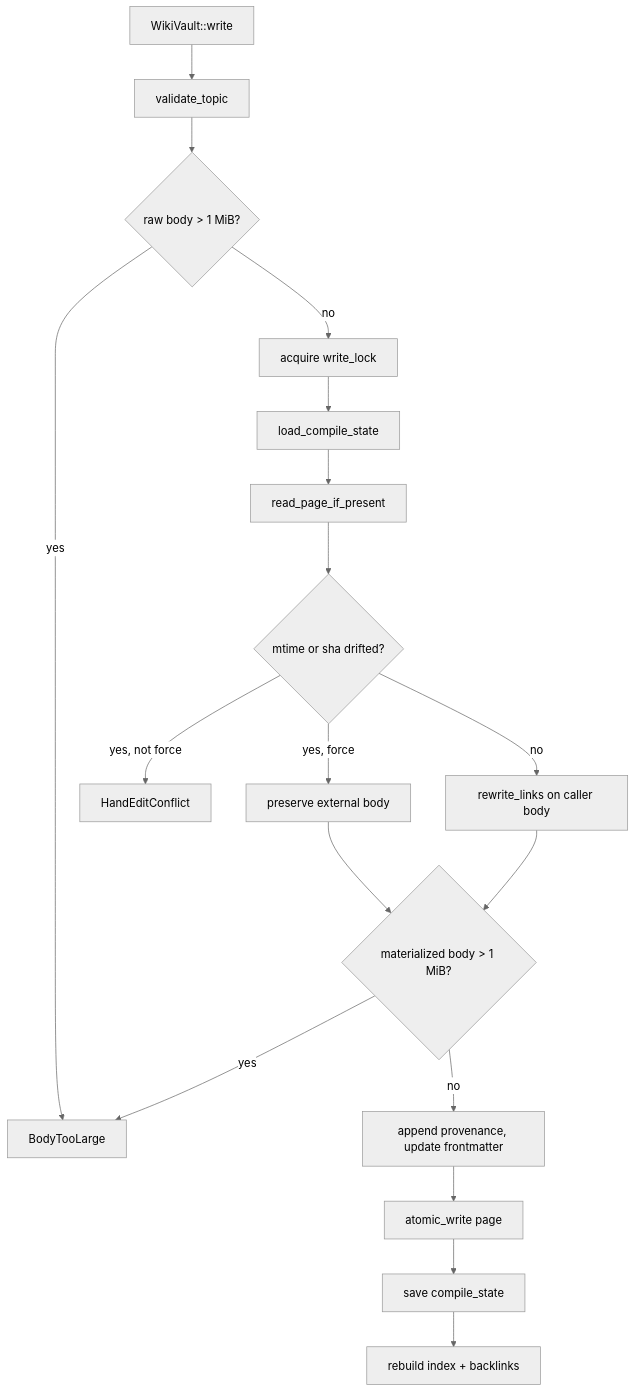
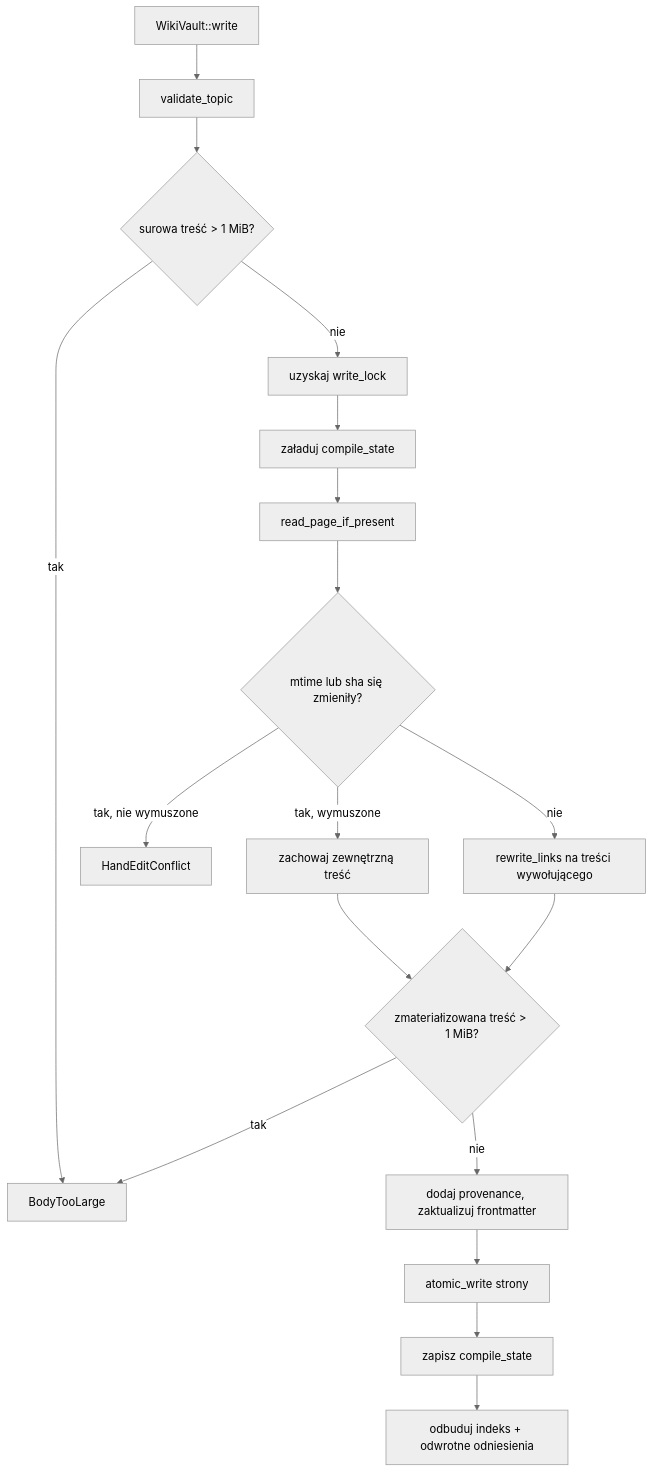
Before and after one commit to leszek3737/librefang-WIki: the diagram in crates-librefang-memory-wiki.md, drawn with Mermaid (neutral theme). The commit also changed other lines of this file and 104 other files, not shown here.

````diff
--- a/crates-librefang-memory-wiki.md
+++ b/crates-librefang-memory-wiki.md
@@ -83,20 +83,20 @@
 ```mermaid
 flowchart TD
     A[WikiVault::write] --> B[validate_topic]
-    B --> C{raw body > 1 MiB?}
-    C -- yes --> X1[BodyTooLarge]
-    C -- no --> D[acquire write_lock]
-    D --> E[load_compile_state]
+    B --> C{surowa treść > 1 MiB?}
+    C -- tak --> X1[BodyTooLarge]
+    C -- nie --> D[uzyskaj write_lock]
+    D --> E[załaduj compile_state]
     E --> F[read_page_if_present]
-    F --> G{mtime or sha drifted?}
-    G -- yes, not force --> X2[HandEditConflict]
-    G -- yes, force --> H[preserve external body]
-    G -- no --> I[rewrite_links on caller body]
-    H --> J{materialized body > 1 MiB?}
+    F --> G{mtime lub sha się zmieniły?}
+    G -- tak, nie wymuszone --> X2[HandEditConflict]
+    G -- tak, wymuszone --> H[zachowaj zewnętrzną treść]
+    G -- nie --> I[rewrite_links na treści wywołującego]
+    H --> J{zmateriałizowana treść > 1 MiB?}
     I --> J
-    J -- yes --> X1
-    J -- no --> K[append provenance, update frontmatter]
-    K --> L[atomic_write page]
-    L --> M[save compile_state]
-    M --> N[rebuild index + backlinks]
+    J -- tak --> X1
+    J -- nie --> K[dodaj provenance, zaktualizuj frontmatter]
+    K --> L[atomic_write strony]
+    L --> M[zapisz compile_state]
+    M --> N[odbuduj indeks + odwrotne odniesienia]
 ```
````
